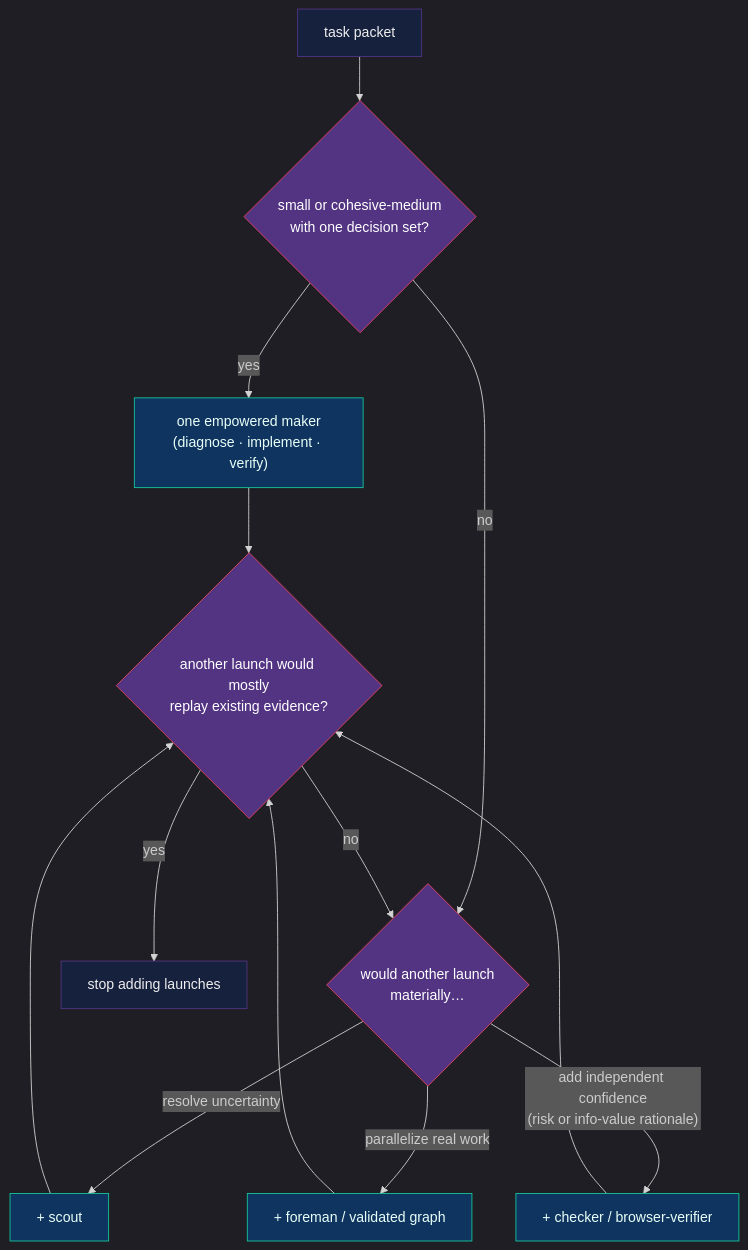
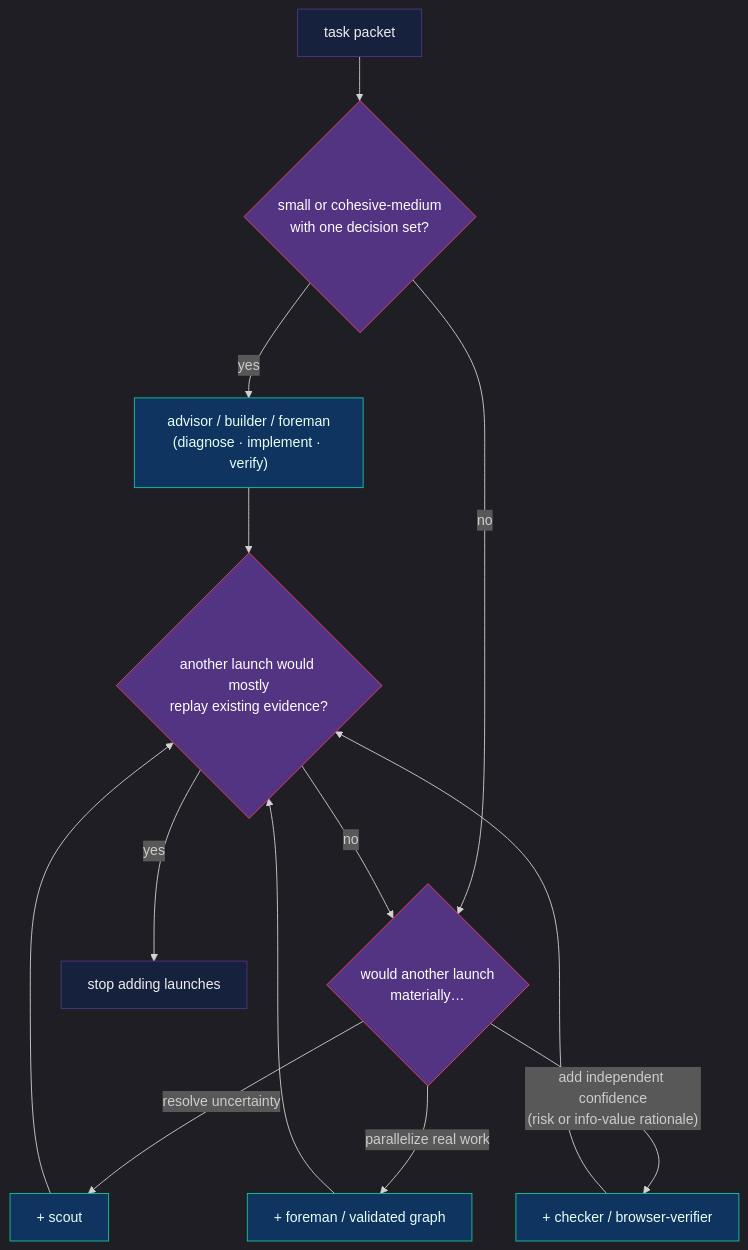
The diagram in docs/advisor-runtime.md (nourhelmi/pi-meta-harness), drawn with Mermaid before and after one commit. The commit also changed other lines of this file and 42 other files, not shown here.

````diff
--- a/docs/advisor-runtime.md
+++ b/docs/advisor-runtime.md
@@ -57,26 +68,26 @@
 ```mermaid
 ---
 config:
   theme: dark
 ---
 flowchart TD
   Task["task packet"] --> Q{"small or cohesive-medium\nwith one decision set?"}
-  Q -->|yes| Maker["one empowered maker\n(diagnose · implement · verify)"]
+  Q -->|yes| Maker["advisor / builder / foreman\n(diagnose · implement · verify)"]
   Q -->|no| Gate{"would another launch\nmaterially…"}
   Gate -->|"resolve uncertainty"| Scout["+ scout"]
   Gate -->|"parallelize real work"| Graph["+ foreman / validated graph"]
   Gate -->|"add independent confidence\n(risk or info-value rationale)"| Check["+ checker / browser-verifier"]
   Scout --> Stop
   Graph --> Stop
   Check --> Stop
   Maker --> Stop{"another launch would mostly\nreplay existing evidence?"}
   Stop -->|yes| Done["stop adding launches"]
   Stop -->|no| Gate
 
   classDef q fill:#533483,stroke:#e94560,color:#fff
   classDef w fill:#0f3460,stroke:#16c79a,color:#e8fff7
   classDef t fill:#16213e,stroke:#533483,color:#eee
   class Q,Gate,Stop q
   class Maker,Scout,Graph,Check w
   class Task,Done t
 ```
````
